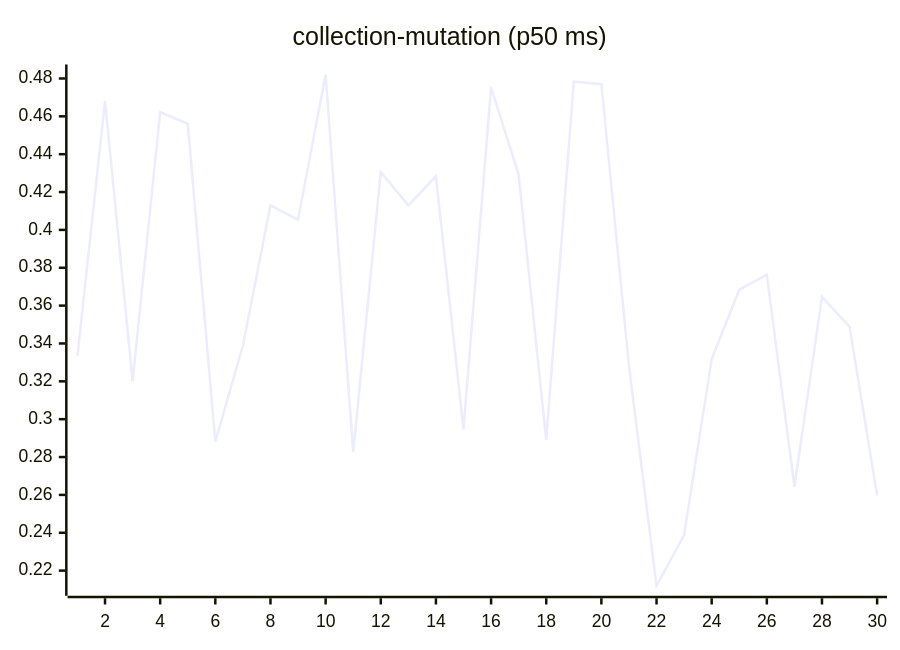
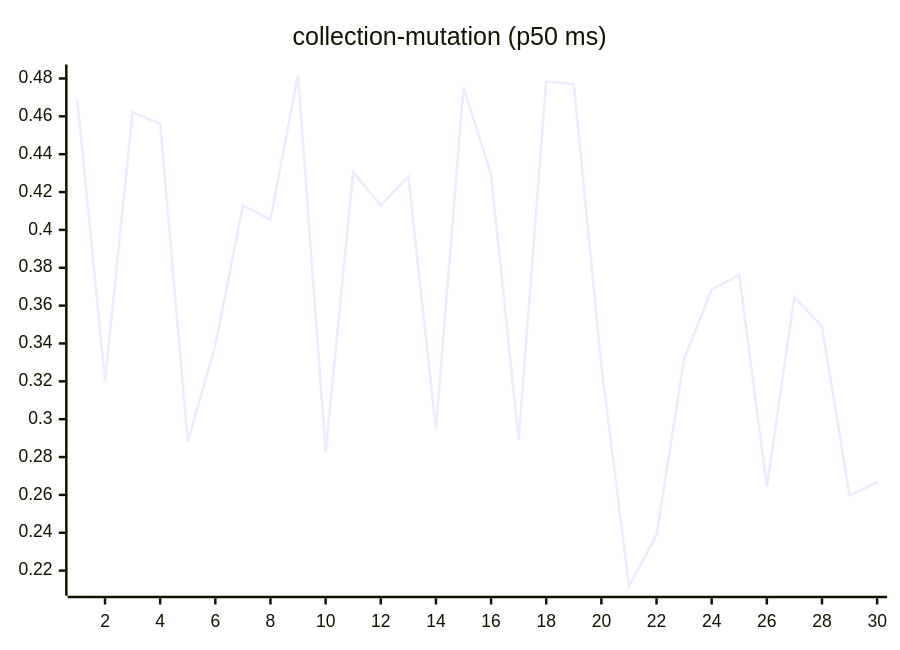
Before and after one commit to josha/Facet: the sixth of 27 diagrams in README.md, drawn with Mermaid. The commit also changed other lines of this file and 2 other files, not shown here.

````diff
--- a/README.md
+++ b/README.md
@@ -98,6 +98,6 @@
 ```mermaid
 xychart-beta
     title "collection-mutation (p50 ms)"
     x-axis 1 --> 30
-    line [0.3332, 0.4681, 0.3201, 0.4622, 0.4560, 0.2881, 0.3389, 0.4129, 0.4054, 0.4821, 0.2826, 0.4305, 0.4130, 0.4283, 0.2946, 0.4753, 0.4292, 0.2890, 0.4784, 0.4770, 0.3282, 0.2120, 0.2388, 0.3318, 0.3684, 0.3763, 0.2643, 0.3646, 0.3489, 0.2597]
+    line [0.4681, 0.3201, 0.4622, 0.4560, 0.2881, 0.3389, 0.4129, 0.4054, 0.4821, 0.2826, 0.4305, 0.4130, 0.4283, 0.2946, 0.4753, 0.4292, 0.2890, 0.4784, 0.4770, 0.3282, 0.2120, 0.2388, 0.3318, 0.3684, 0.3763, 0.2643, 0.3646, 0.3489, 0.2597, 0.2667]
 ```
````
